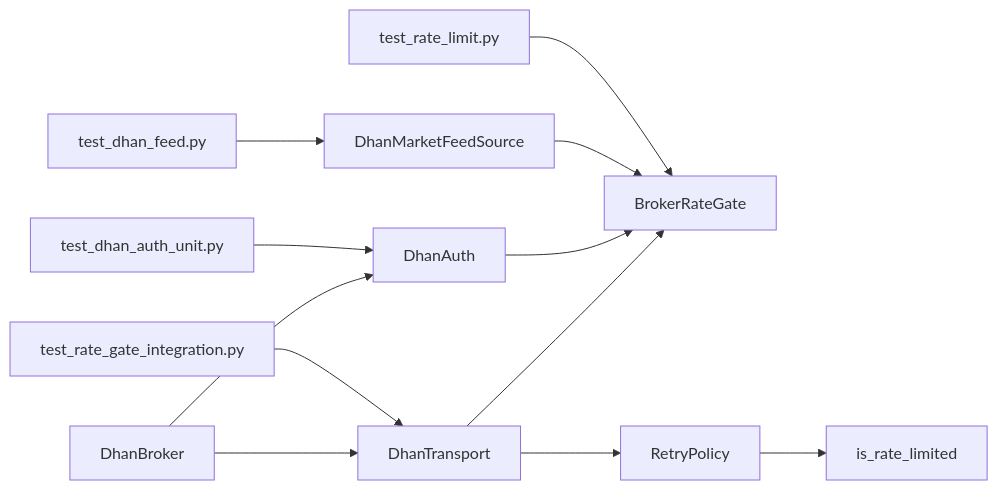
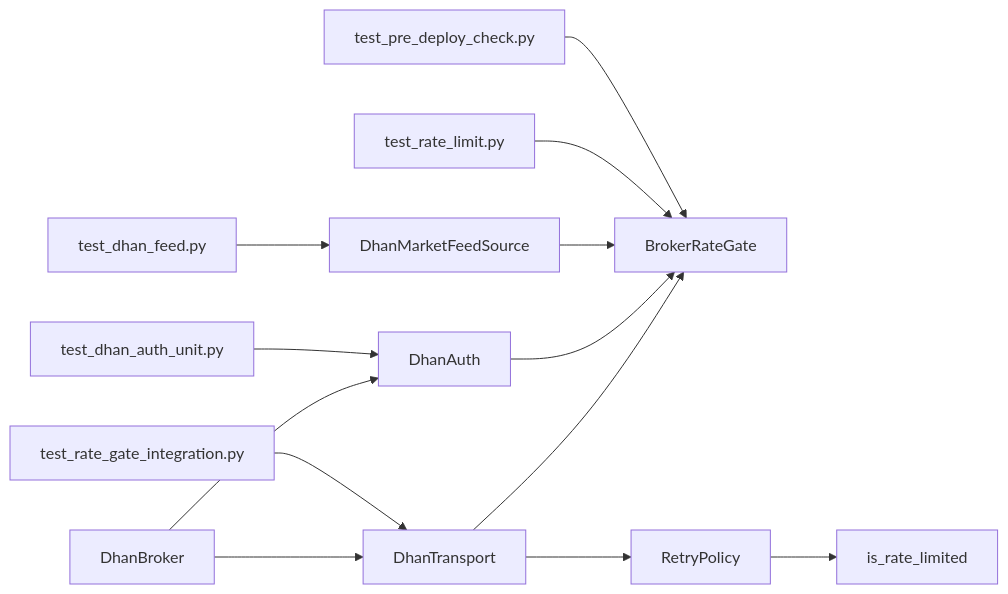
Before and after one commit to Ganesh-Kusundal/nTrade: the ninth of 9 diagrams in .qoder/repowiki/en/content/Broker Integration/Rate Limiting Infrastructure.md, drawn with Mermaid. The commit also changed other lines of this file and 2201 other files, not shown here.

Commit message:
Integrate completeness: live runner hardening, broker adapter layers, rate-limiting infrastructure, data pipeline (parquet OHLCV + ingestion scripts), contract testing framework, options analytics, and updated architecture/knowledge docs

````diff
--- a/.qoder/repowiki/en/content/Broker Integration/Rate Limiting Infrastructure.md
+++ b/.qoder/repowiki/en/content/Broker Integration/Rate Limiting Infrastructure.md
@@ -455,14 +468,15 @@
 ```mermaid
 graph LR
 DhanBroker["DhanBroker"] --> DhanTransport["DhanTransport"]
 DhanBroker --> DhanAuth["DhanAuth"]
 DhanTransport --> BrokerRateGate["BrokerRateGate"]
 DhanAuth --> BrokerRateGate
 DhanMarketFeedSource["DhanMarketFeedSource"] --> BrokerRateGate
 DhanTransport --> RetryPolicy["RetryPolicy"]
 RetryPolicy --> RateLimitUtils["is_rate_limited"]
 TestRL["test_rate_limit.py"] --> BrokerRateGate
 TestRI["test_rate_gate_integration.py"] --> DhanTransport
 TestDA["test_dhan_auth_unit.py"] --> DhanAuth
 TestDF["test_dhan_feed.py"] --> DhanMarketFeedSource
+TestPC["test_pre_deploy_check.py"] --> BrokerRateGate
 ```
````
